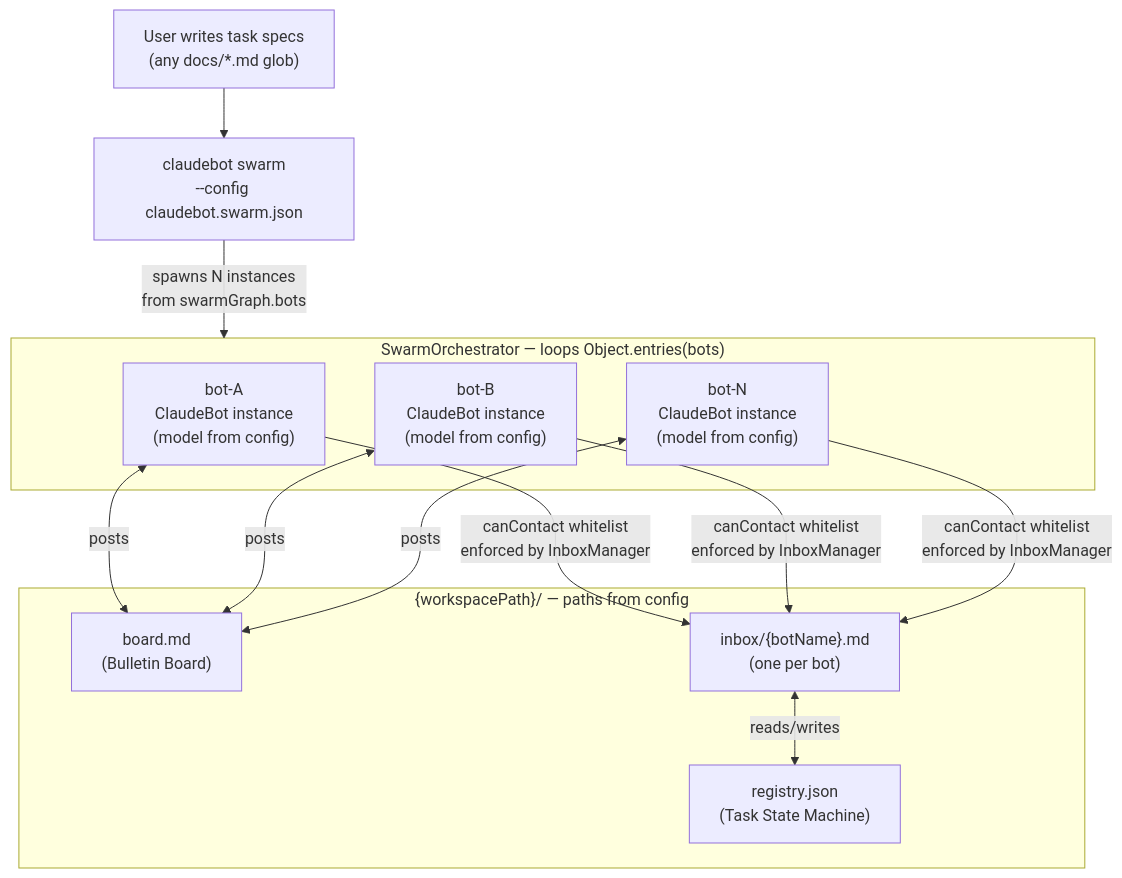
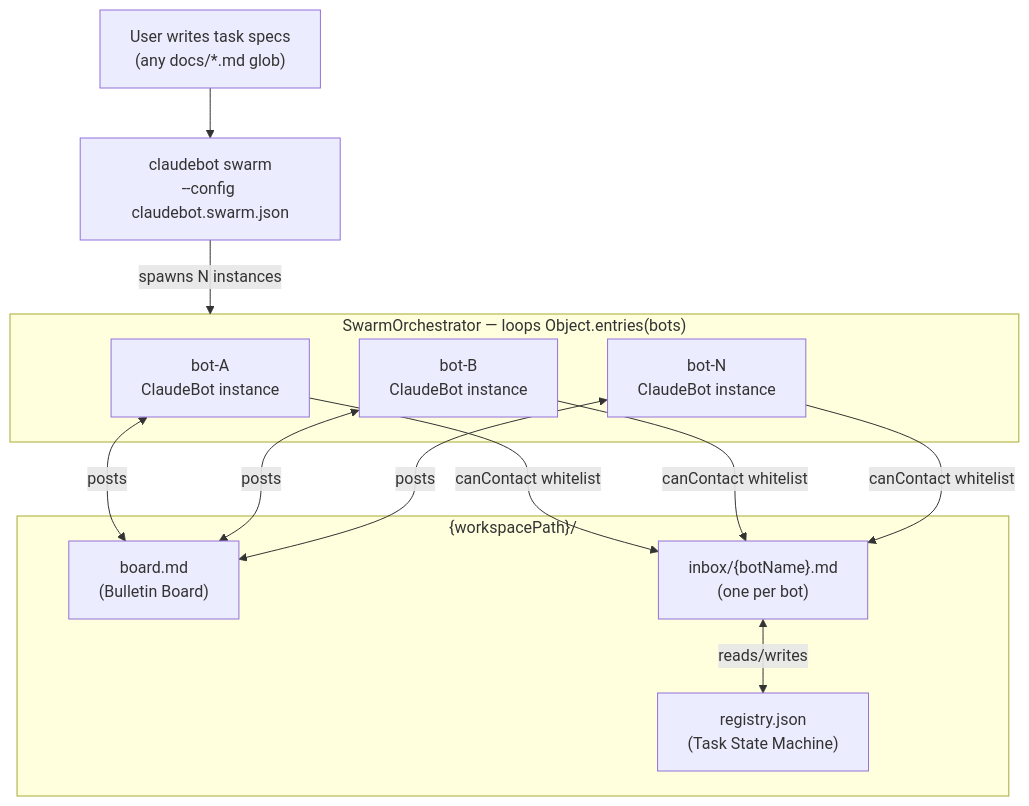
Before and after one commit to dol9340-hash/claude-bot: the third of 3 diagrams in docs/PRD.md, drawn with Mermaid. The commit also changed other lines of this file, not shown here.

First line of the commit message:
docs: Adv.md를 PRD.md에 통합 + 4-Step 온보딩 워크플로우 추가

````diff
--- a/docs/PRD.md
+++ b/docs/PRD.md
@@ -388,28 +375,25 @@
 ```mermaid
 flowchart TD
     User["User writes task specs\n(any docs/*.md glob)"] --> Swarm["claudebot swarm\n--config claudebot.swarm.json"]
 
     subgraph Orchestrator["SwarmOrchestrator — loops Object.entries(bots)"]
-        B1["bot-A\nClaudeBot instance\n(model from config)"]
-        B2["bot-B\nClaudeBot instance\n(model from config)"]
-        BN["bot-N\nClaudeBot instance\n(model from config)"]
+        B1["bot-A\nClaudeBot instance"]
+        B2["bot-B\nClaudeBot instance"]
+        BN["bot-N\nClaudeBot instance"]
     end
 
-    subgraph Workspace["{workspacePath}/ — paths from config"]
+    subgraph Workspace["{workspacePath}/"]
         BOARD["board.md\n(Bulletin Board)"]
         REG["registry.json\n(Task State Machine)"]
         INBOXES["inbox/{botName}.md\n(one per bot)"]
     end
 
-    Swarm -->|"spawns N instances\nfrom swarmGraph.bots"| Orchestrator
-
-    B1 -->|"canContact whitelist\nenforced by InboxManager"| INBOXES
-    B2 -->|"canContact whitelist\nenforced by InboxManager"| INBOXES
-    BN -->|"canContact whitelist\nenforced by InboxManager"| INBOXES
-
+    Swarm -->|"spawns N instances"| Orchestrator
+    B1 -->|"canContact whitelist"| INBOXES
+    B2 -->|"canContact whitelist"| INBOXES
+    BN -->|"canContact whitelist"| INBOXES
     B1 <-->|"posts"| BOARD
     B2 <-->|"posts"| BOARD
     BN <-->|"posts"| BOARD
-
     INBOXES <-->|"reads/writes"| REG
 ```
````
